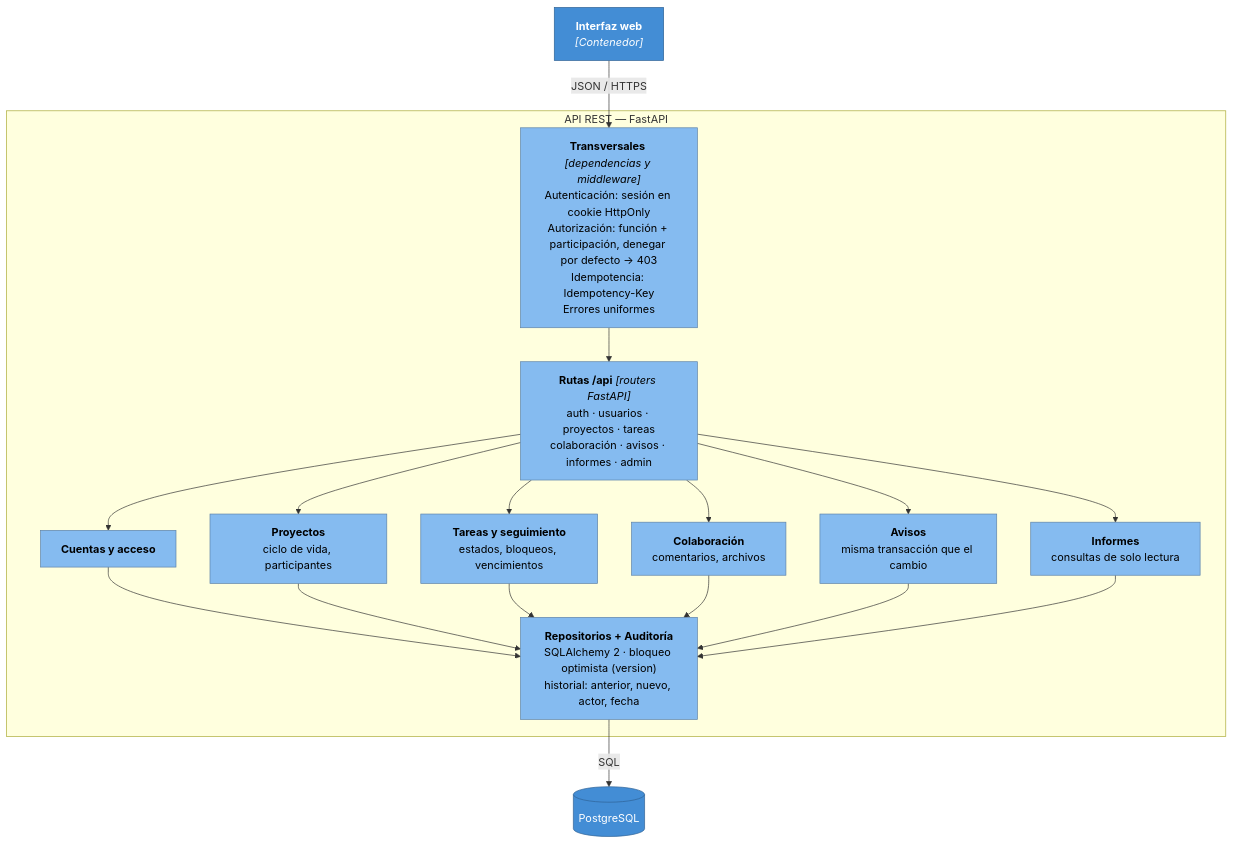
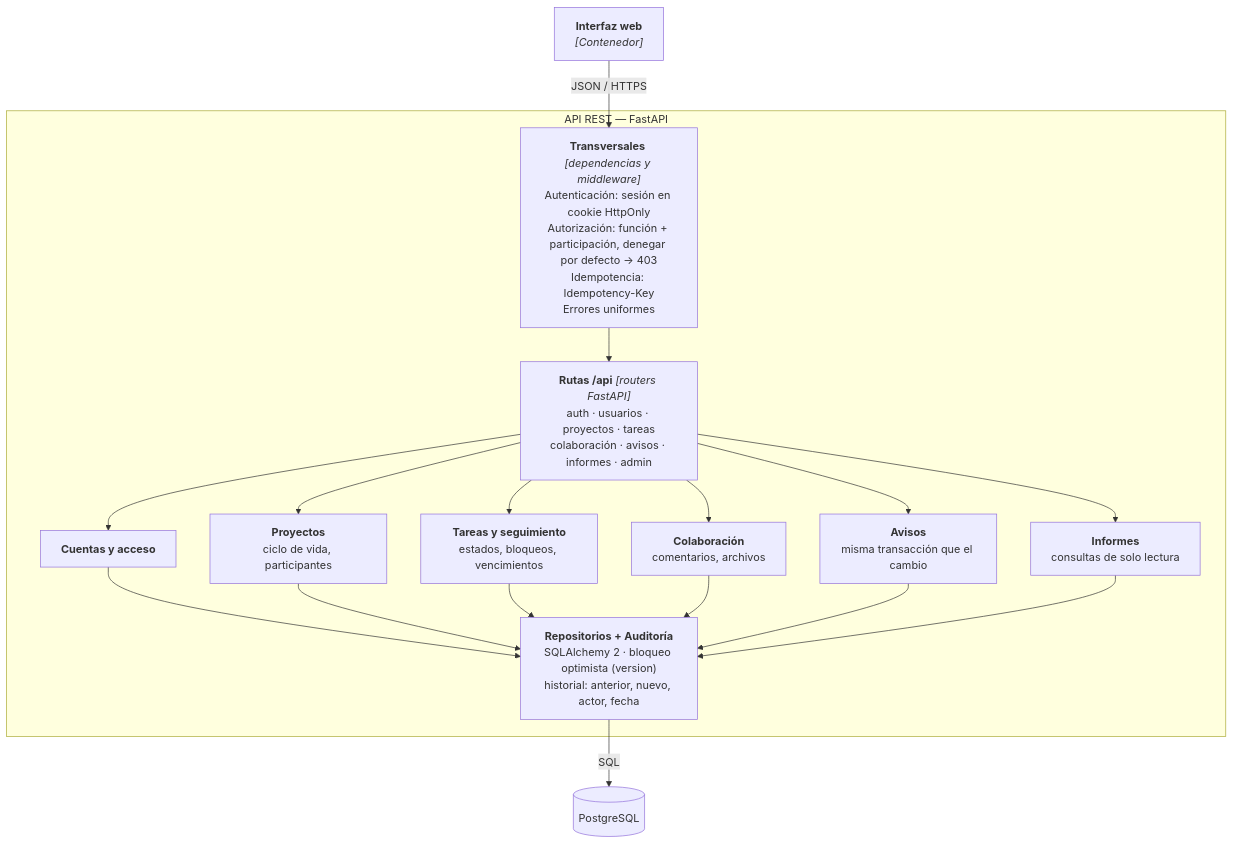
Before and after one commit to FabianReyna17/ProjectManagement: the third of 6 diagrams in docs/Arquitectura_Gestion_Proyectos.md, drawn with Mermaid. The commit also changed other lines of this file, not shown here.

````diff
--- a/docs/Arquitectura_Gestion_Proyectos.md
+++ b/docs/Arquitectura_Gestion_Proyectos.md
@@ -115,31 +99,26 @@
 ```mermaid
 flowchart TB
     web["<b>Interfaz web</b><br/><i>[Contenedor]</i>"]
 
     subgraph API["API REST — FastAPI"]
         trans["<b>Transversales</b> <i>[dependencias y middleware]</i><br/>Autenticación: sesión en cookie HttpOnly<br/>Autorización: función + participación, denegar por defecto → 403<br/>Idempotencia: Idempotency-Key<br/>Errores uniformes"]
         rutas["<b>Rutas /api</b> <i>[routers FastAPI]</i><br/>auth · usuarios · proyectos · tareas<br/>colaboración · avisos · informes · admin"]
 
         s_cuentas["<b>Cuentas y acceso</b>"]
         s_proy["<b>Proyectos</b><br/>ciclo de vida, participantes"]
         s_tar["<b>Tareas y seguimiento</b><br/>estados, bloqueos, vencimientos"]
         s_col["<b>Colaboración</b><br/>comentarios, archivos"]
         s_av["<b>Avisos</b><br/>misma transacción que el cambio"]
         s_rep["<b>Informes</b><br/>consultas de solo lectura"]
 
         repos["<b>Repositorios + Auditoría</b><br/>SQLAlchemy 2 · bloqueo optimista (version)<br/>historial: anterior, nuevo, actor, fecha"]
     end
 
     db[("PostgreSQL")]
 
     web -- "JSON / HTTPS" --> trans
     trans --> rutas
     rutas --> s_cuentas & s_proy & s_tar & s_col & s_av & s_rep
     s_cuentas & s_proy & s_tar & s_col & s_av & s_rep --> repos
     repos -- "SQL" --> db
-
-    classDef ext fill:#438dd5,stroke:#2e6295,color:#fff
-    classDef comp fill:#85bbf0,stroke:#5d82a8,color:#000
-    class web,db ext
-    class trans,rutas,s_cuentas,s_proy,s_tar,s_col,s_av,s_rep,repos comp
 ```
````
